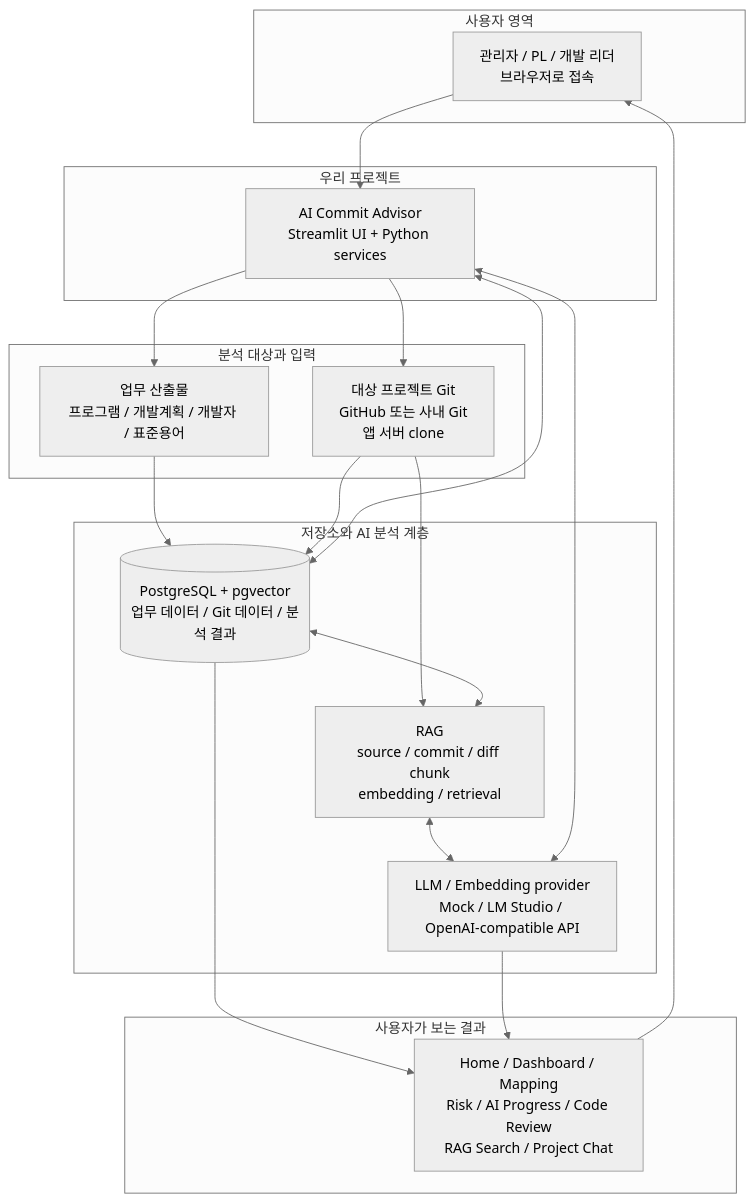
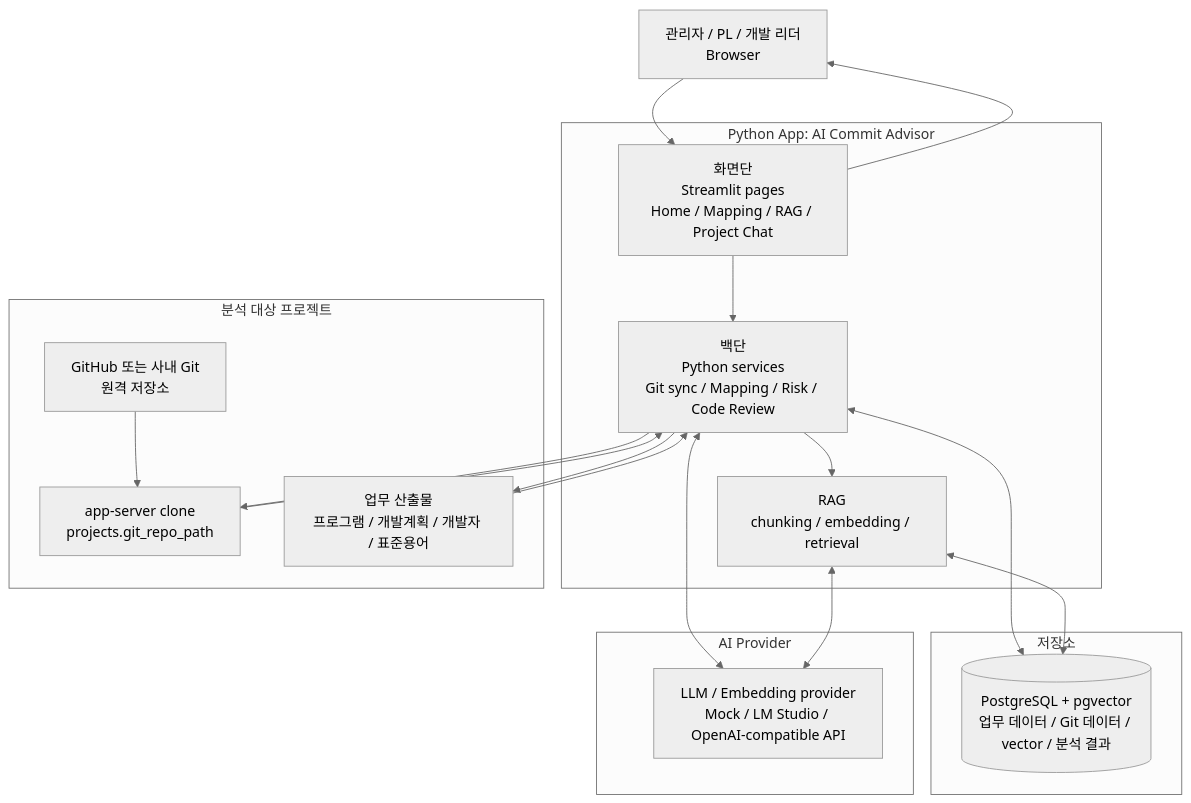
The first of 10 diagrams in docs/architecture.md (ino5/ai-commit-advisor-26), drawn with Mermaid (neutral theme) before and after one commit. The commit also changed other lines of this file and 1 other file, not shown here.

Commit message:
docs: clarify app architecture blocks

````diff
--- a/docs/architecture.md
+++ b/docs/architecture.md
@@ -9,39 +9,40 @@
 ```mermaid
 flowchart TB
-    subgraph People["사용자 영역"]
-        User["관리자 / PL / 개발 리더<br/>브라우저로 접속"]
+    User["관리자 / PL / 개발 리더<br/>Browser"]
+
+    subgraph PythonApp["Python App: AI Commit Advisor"]
+        UI["화면단<br/>Streamlit pages<br/>Home / Mapping / RAG / Project Chat"]
+        Services["백단<br/>Python services<br/>Git sync / Mapping / Risk / Code Review"]
+        RAG["RAG<br/>chunking / embedding / retrieval"]
+
+        UI --> Services
+        Services --> RAG
     end
 
-    subgraph AppArea["우리 프로젝트"]
-        App["AI Commit Advisor<br/>Streamlit UI + Python services"]
+    subgraph Storage["저장소"]
+        DB[(PostgreSQL + pgvector<br/>업무 데이터 / Git 데이터 / vector / 분석 결과)]
     end
 
-    subgraph Inputs["분석 대상과 입력"]
+    subgraph TargetProject["분석 대상 프로젝트"]
+        RemoteGit["GitHub 또는 사내 Git<br/>원격 저장소"]
+        ServerClone["app-server clone<br/>projects.git_repo_path"]
         Artifacts["업무 산출물<br/>프로그램 / 개발계획 / 개발자 / 표준용어"]
-        Target["대상 프로젝트 Git<br/>GitHub 또는 사내 Git<br/>앱 서버 clone"]
+
+        RemoteGit --> ServerClone
     end
 
-    subgraph Intelligence["저장소와 AI 분석 계층"]
-        DB[(PostgreSQL + pgvector<br/>업무 데이터 / Git 데이터 / 분석 결과)]
-        Rag["RAG<br/>source / commit / diff chunk<br/>embedding / retrieval"]
+    subgraph AIProvider["AI Provider"]
         LLM["LLM / Embedding provider<br/>Mock / LM Studio / OpenAI-compatible API"]
     end
 
-    subgraph Output["사용자가 보는 결과"]
-        Result["Home / Dashboard / Mapping<br/>Risk / AI Progress / Code Review<br/>RAG Search / Project Chat"]
-    end
-
-    User --> App
-    App --> Artifacts
-    App --> Target
-    Artifacts --> DB
-    Target --> DB
-    Target --> Rag
-    DB <--> Rag
-    Rag <--> LLM
-    App <--> DB
-    App <--> LLM
-    DB --> Result
-    LLM --> Result
-    Result --> User
+    User --> UI
+    UI --> User
+    Services --> ServerClone
+    ServerClone --> Services
+    Services --> Artifacts
+    Artifacts --> Services
+    Services <--> DB
+    RAG <--> DB
+    Services <--> LLM
+    RAG <--> LLM
 ```
````
